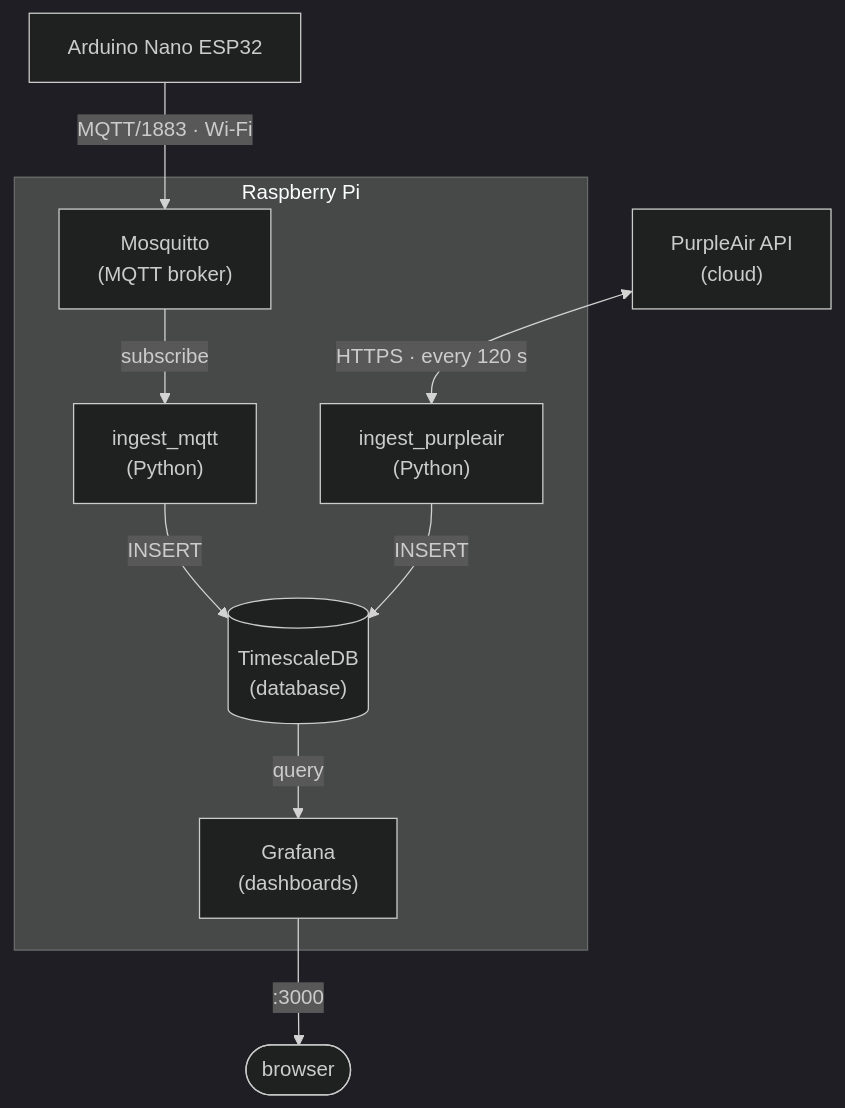
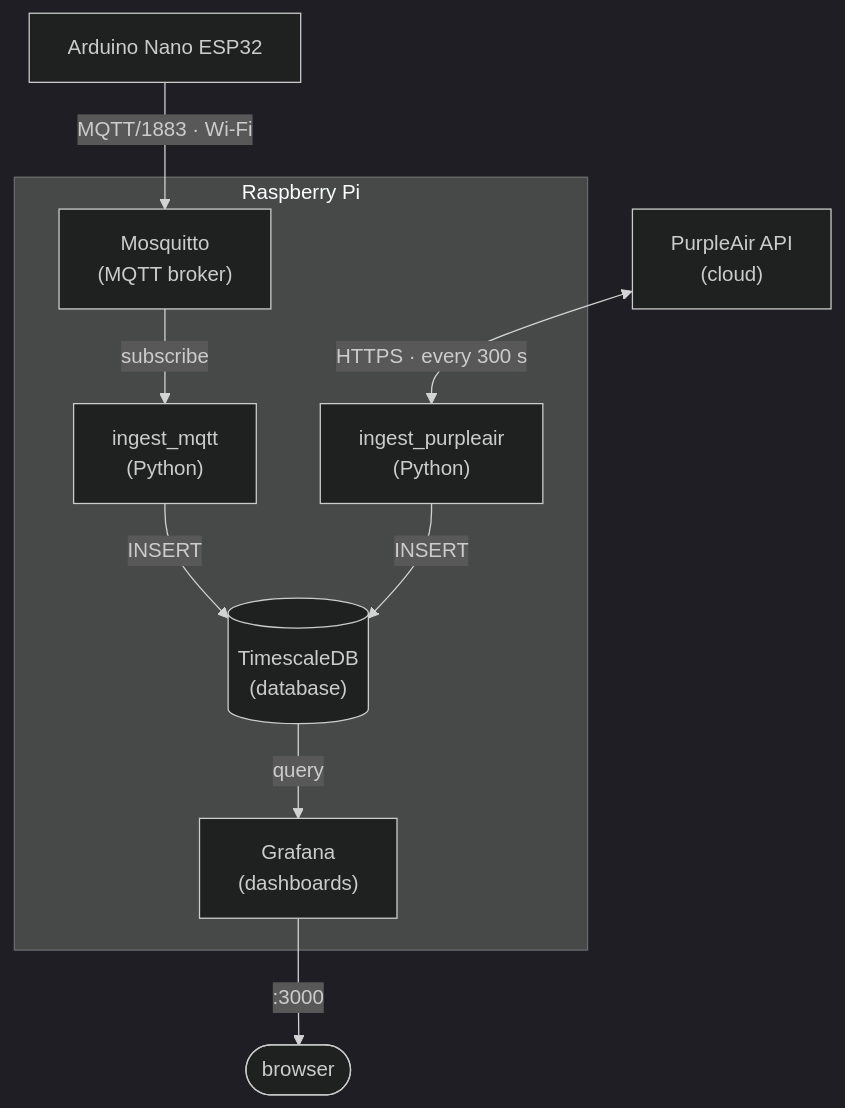
Before and after one commit to kuvychko/env_monitoring: the diagram in docs/deployment_raspberry_pi.md, drawn with Mermaid (dark theme). The commit also changed other lines of this file and 5 other files, not shown here.

````diff
--- a/docs/deployment_raspberry_pi.md
+++ b/docs/deployment_raspberry_pi.md
@@ -586,20 +586,20 @@
 ```mermaid
 flowchart TD
     esp["Arduino Nano ESP32"] -->|"MQTT/1883 · Wi-Fi"| mosq
-    paapi["PurpleAir API\n(cloud)"] <-->|"HTTPS · every 120 s"| ip
+    paapi["PurpleAir API\n(cloud)"] <-->|"HTTPS · every 300 s"| ip
 
     subgraph pi["Raspberry Pi"]
         mosq["Mosquitto\n(MQTT broker)"]
         im["ingest_mqtt\n(Python)"]
         ip["ingest_purpleair\n(Python)"]
         db[("TimescaleDB\n(database)")]
         grafana["Grafana\n(dashboards)"]
 
         mosq -->|subscribe| im
         im -->|INSERT| db
         ip -->|INSERT| db
         db -->|query| grafana
     end
 
     grafana -->|":3000"| browser(["browser"])
 ```
````
